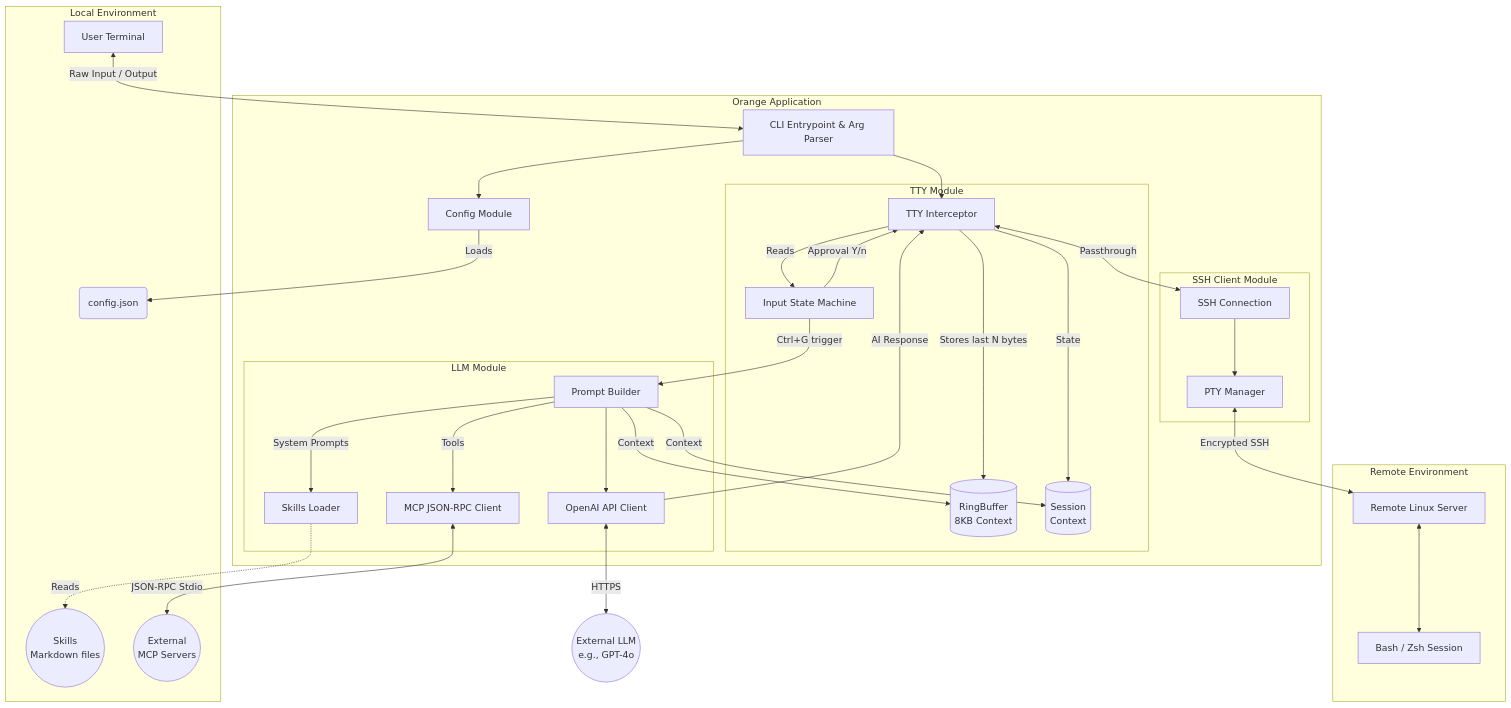
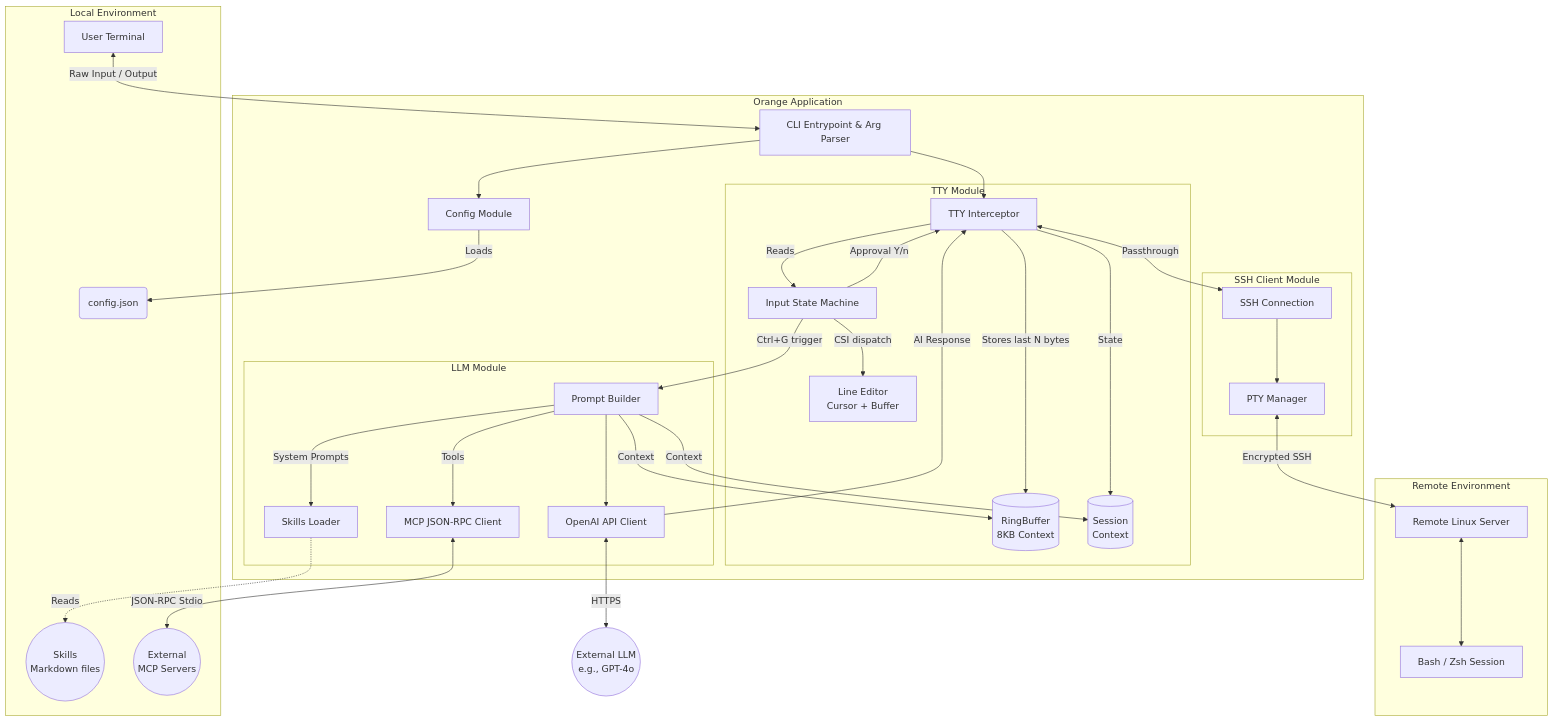
One commit to zxpbenson/orange changed the first of 3 diagrams in doc/architecture_zh.md. Above: the diagram before and after it, drawn with Mermaid. The commit also changed other lines of this file and 5 other files, not shown here.

First line of the commit message:
feat(tty): add readline-style line editor for assistant input

````diff
--- a/doc/architecture_zh.md
+++ b/doc/architecture_zh.md
@@ -19,69 +19,71 @@
 ```mermaid
 graph TD
     subgraph Local Environment
         Terminal[User Terminal]
         Config(config.json)
         SkillsDir((Skills\nMarkdown files))
         MCPServers((External\nMCP Servers))
     end
 
     subgraph Orange Application
         CLI[CLI Entrypoint & Arg Parser]
         ConfigLoader[Config Module]
         
         subgraph TTY Module
             Interceptor[TTY Interceptor]
             RingBuffer[(RingBuffer\n8KB Context)]
             InputHandler[Input State Machine]
+            LineEditor[Line Editor\nCursor + Buffer]
             SessionContext[(Session\nContext)]
         end
 
         subgraph LLM Module
             PromptBuilder[Prompt Builder]
             HTTPClient[OpenAI API Client]
             SkillsLoader[Skills Loader]
             MCPClient[MCP JSON-RPC Client]
         end
 
         subgraph SSH Client Module
             SSHDialer[SSH Connection]
             PTYManager[PTY Manager]
         end
     end
 
     subgraph Remote Environment
         RemoteServer[Remote Linux Server]
         RemoteShell[Bash / Zsh Session]
     end
 
     %% Connections
     Terminal <-->|Raw Input / Output| CLI
     CLI --> ConfigLoader
     ConfigLoader -->|Loads| Config
     
     CLI --> Interceptor
     
     Interceptor -->|Reads| InputHandler
     InputHandler -->|Ctrl+G trigger| PromptBuilder
+    InputHandler -->|CSI dispatch| LineEditor
     Interceptor -->|Stores last N bytes| RingBuffer
     Interceptor -->|State| SessionContext
     
     PromptBuilder -->|Context| RingBuffer
     PromptBuilder -->|Context| SessionContext
     PromptBuilder -->|System Prompts| SkillsLoader
     SkillsLoader -.->|Reads| SkillsDir
     
     PromptBuilder -->|Tools| MCPClient
     MCPClient <-->|JSON-RPC Stdio| MCPServers
     
     PromptBuilder --> HTTPClient
     HTTPClient <-->|HTTPS| ExternalLLM((External LLM\ne.g., GPT-4o))
     
     HTTPClient -->|AI Response| Interceptor
     InputHandler -->|Approval Y/n| Interceptor
     
     Interceptor <-->|Passthrough| SSHDialer
     SSHDialer --> PTYManager
     PTYManager <-->|Encrypted SSH| RemoteServer
     RemoteServer <--> RemoteShell
 ```
````
